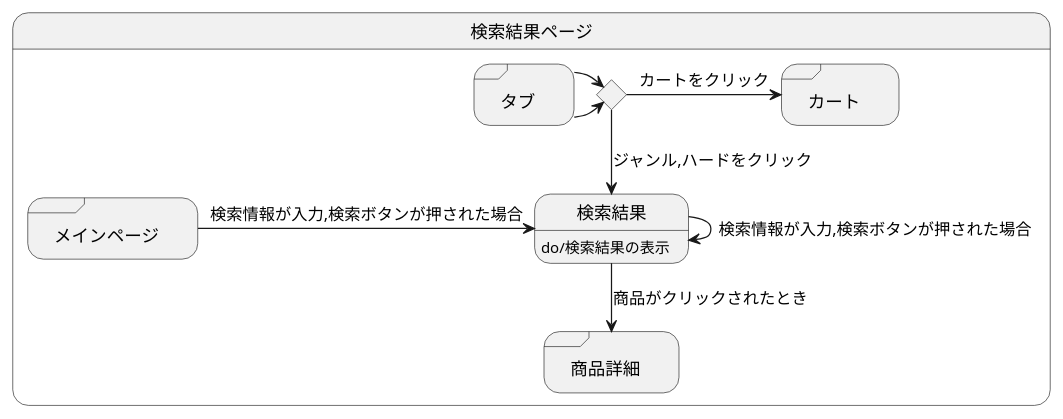
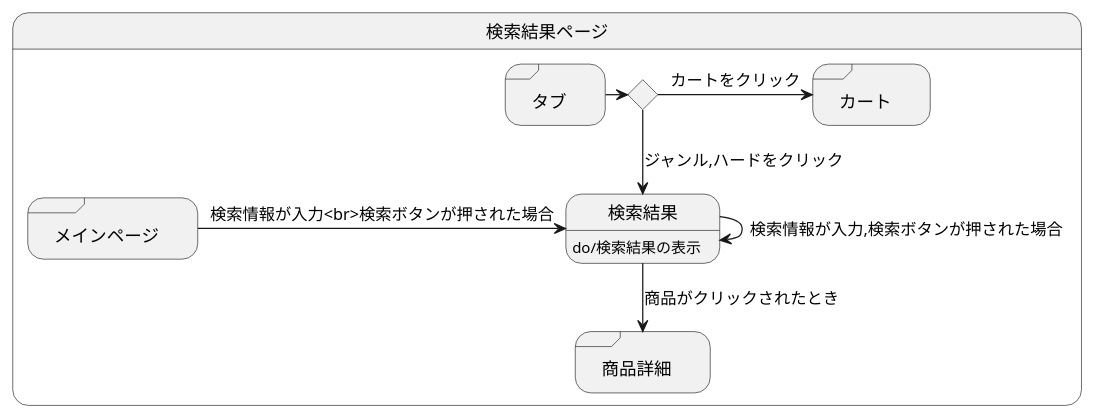
One commit to akutori/T-D-E changed the diagram in 検索結果.md. Above: the diagram before and after it, drawn with PlantUML.

Commit message:
修正

````diff
--- a/検索結果.md
+++ b/検索結果.md
@@ -1,20 +1,21 @@
 ```uml
 @startuml
 state 検索結果ページ{
+
     state ifinput <<choice>>
     state 検索結果:do/検索結果の表示
     state "商品詳細" as goodsdetail <<sdlreceive>>
     state "メインページ" as mainpage <<sdlreceive>>
     state "タブ" as tab <<sdlreceive>>
     state "カート" as cart <<sdlreceive>>
-    mainpage -> 検索結果 :検索情報が入力,検索ボタンが押された場合
+
+    mainpage -> 検索結果 :検索情報が入力<br>検索ボタンが押された場合
     検索結果 --> goodsdetail :商品がクリックされたとき
     tab -> ifinput 
     ifinput --> 検索結果 :ジャンル,ハードをクリック
-    tab -> ifinput 
     ifinput -> cart :カートをクリック
     検索結果 -> 検索結果 :検索情報が入力,検索ボタンが押された場合
 }
 
 @enduml
 ```
````
